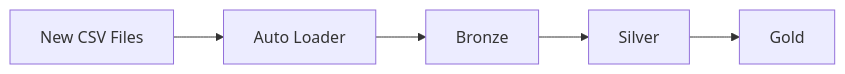
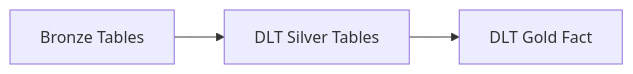
One commit to Smonsalve09/end-to-end-medallion-lakehouse-with-autoloader-dlt-and-workflows-on-databricks changed the fourth of 5 diagrams in README.md. Above: the diagram before and after it, drawn with Mermaid. The commit also changed other lines of this file, not shown here.

First line of the commit message:
Revise README for project overview and architecture details

````diff
--- a/README.md
+++ b/README.md
@@ -247,13 +375,7 @@
 ```mermaid
 flowchart LR
 
-    A[New CSV Files]
-
-    --> B[Auto Loader]
-
-    --> C[Bronze]
-
-    --> D[Silver]
-
-    --> E[Gold]
+A[Bronze Tables]
+--> B[DLT Silver Tables]
+--> C[DLT Gold Fact]
 ```
````
